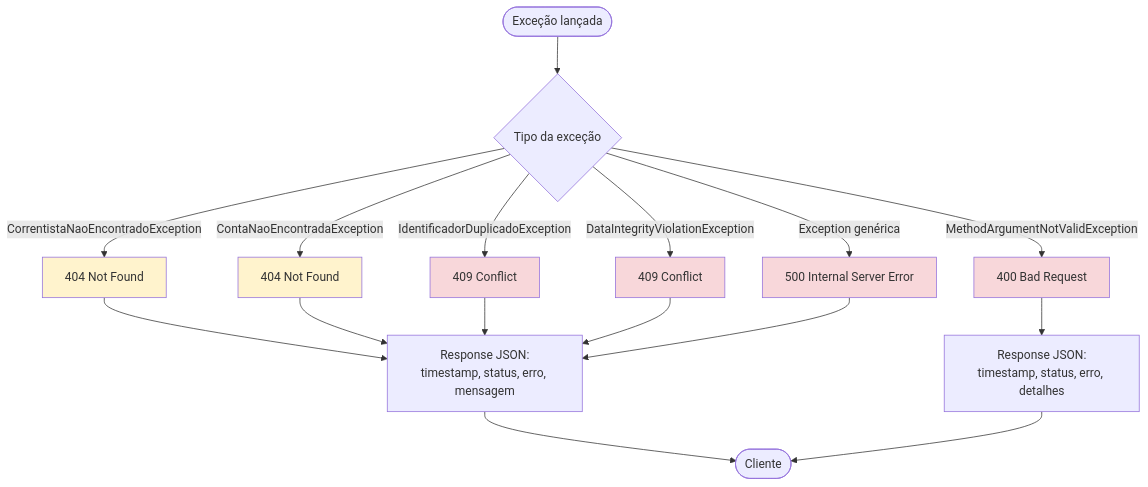
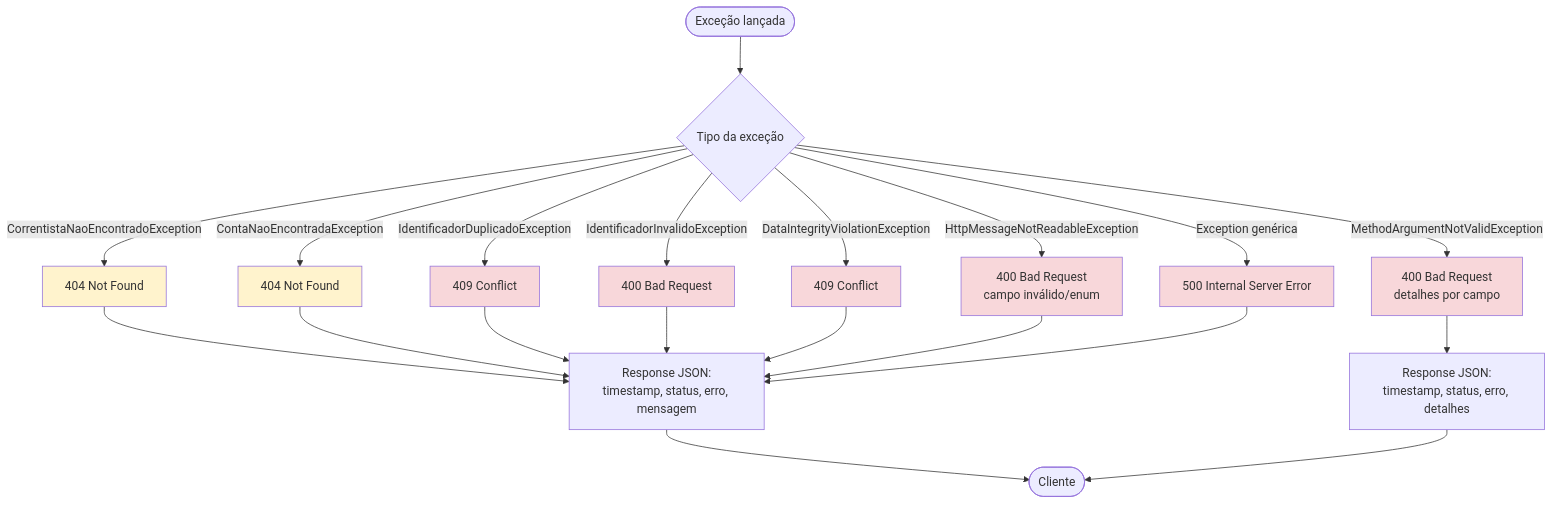
One commit to GeciaraBoava/teste-bv changed the ninth of 13 diagrams in fluxograma.md. Above: the diagram before and after it, drawn with Mermaid. The commit also changed other lines of this file and 2 other files, not shown here.

````diff
--- a/fluxograma.md
+++ b/fluxograma.md
@@ -249,28 +287,34 @@
 ```mermaid
 flowchart TD
     EXC([Exceção lançada]) --> TYPE{Tipo da exceção}
 
     TYPE -->|CorrentistaNaoEncontradoException| NF404[404 Not Found]
     TYPE -->|ContaNaoEncontradaException| NF404C[404 Not Found]
     TYPE -->|IdentificadorDuplicadoException| CON409[409 Conflict]
+    TYPE -->|IdentificadorInvalidoException| INV400[400 Bad Request]
     TYPE -->|DataIntegrityViolationException| CON409D[409 Conflict]
-    TYPE -->|MethodArgumentNotValidException| VAL400[400 Bad Request]
+    TYPE -->|MethodArgumentNotValidException| VAL400[400 Bad Request<br/>detalhes por campo]
+    TYPE -->|HttpMessageNotReadableException| MSG400[400 Bad Request<br/>campo inválido/enum]
     TYPE -->|Exception genérica| ERR500[500 Internal Server Error]
 
     NF404 --> RESP[Response JSON:<br/>timestamp, status, erro, mensagem]
     NF404C --> RESP
     CON409 --> RESP
+    INV400 --> RESP
     CON409D --> RESP
     VAL400 --> RESP_V[Response JSON:<br/>timestamp, status, erro, detalhes]
+    MSG400 --> RESP
     ERR500 --> RESP
 
     RESP --> CLIENT([Cliente])
     RESP_V --> CLIENT
 
     style NF404 fill:#fff3cd
     style NF404C fill:#fff3cd
     style CON409 fill:#f8d7da
+    style INV400 fill:#f8d7da
     style CON409D fill:#f8d7da
     style VAL400 fill:#f8d7da
+    style MSG400 fill:#f8d7da
     style ERR500 fill:#f8d7da
 ```
````
